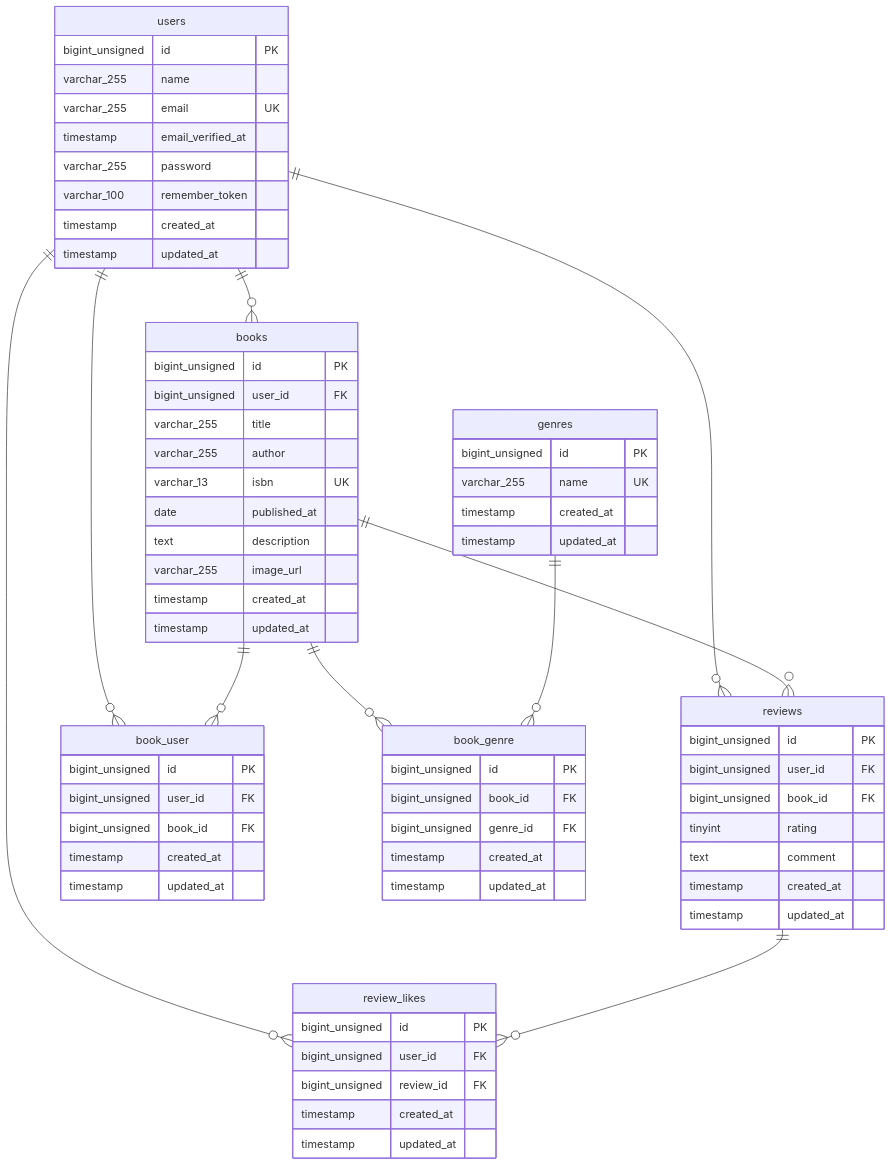
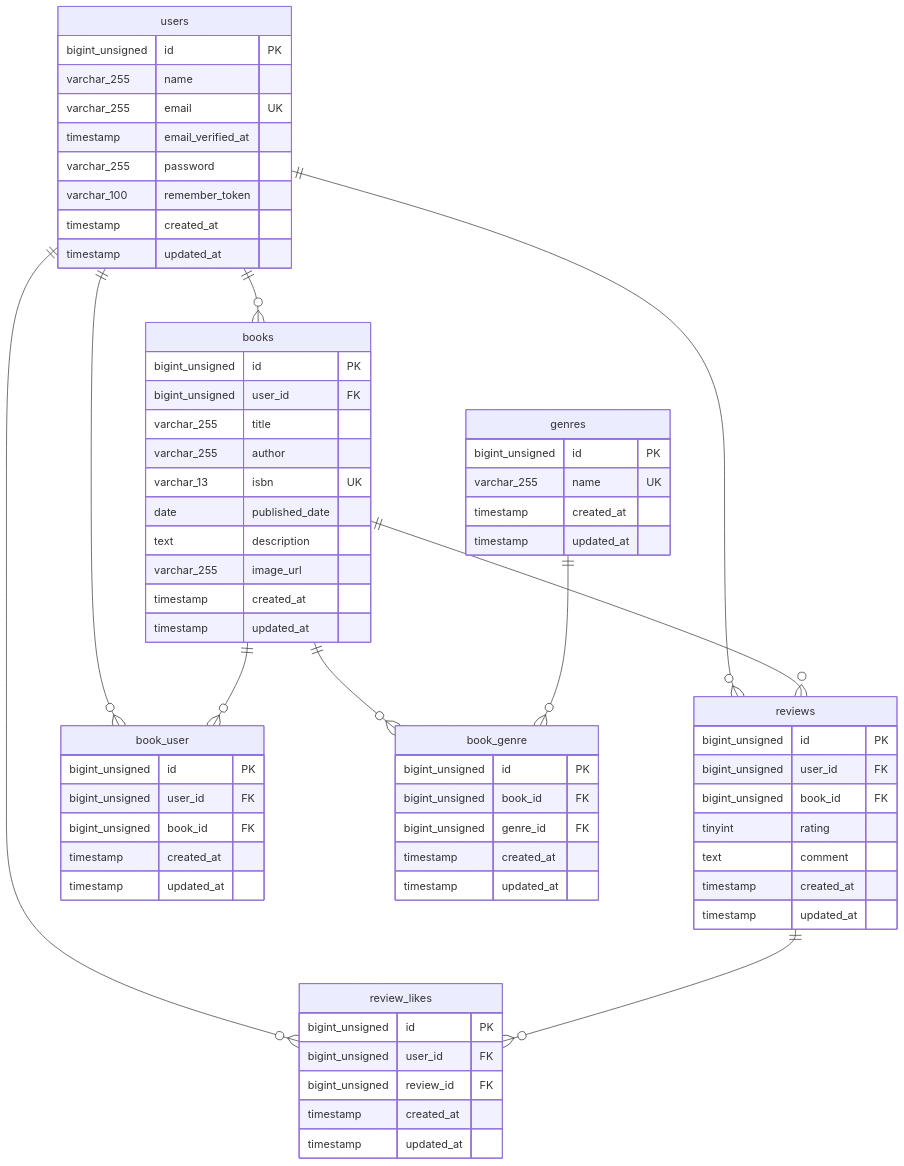
Before and after one commit to kino-mari/bookshelf-app: the diagram in README.md, drawn with Mermaid. The commit also changed 12 other files, not shown here.

````diff
--- a/README.md
+++ b/README.md
@@ -3,79 +3,79 @@
 ```mermaid
 erDiagram
     users ||--o{ books : ""
     users ||--o{ reviews : ""
     users ||--o{ book_user : ""
     users ||--o{ review_likes : ""
 
     books ||--o{ reviews : ""
     books ||--o{ book_genre : ""
     books ||--o{ book_user : ""
 
     genres ||--o{ book_genre : ""
     reviews ||--o{ review_likes : ""
 
     users {
         bigint_unsigned id PK
         varchar_255 name
         varchar_255 email UK
         timestamp email_verified_at
         varchar_255 password
         varchar_100 remember_token
         timestamp created_at
         timestamp updated_at
     }
 
     genres {
         bigint_unsigned id PK
         varchar_255 name UK
         timestamp created_at
         timestamp updated_at
     }
 
     books {
         bigint_unsigned id PK
         bigint_unsigned user_id FK
         varchar_255 title
         varchar_255 author
         varchar_13 isbn UK
-        date published_at
+        date published_date
         text description
         varchar_255 image_url
         timestamp created_at
         timestamp updated_at
     }
 
     reviews {
         bigint_unsigned id PK
         bigint_unsigned user_id FK
         bigint_unsigned book_id FK
         tinyint rating
         text comment
         timestamp created_at
         timestamp updated_at
     }
 
     book_genre {
         bigint_unsigned id PK
         bigint_unsigned book_id FK
         bigint_unsigned genre_id FK
         timestamp created_at
         timestamp updated_at
     }
 
     book_user {
         bigint_unsigned id PK
         bigint_unsigned user_id FK
         bigint_unsigned book_id FK
         timestamp created_at
         timestamp updated_at
     }
 
     review_likes {
         bigint_unsigned id PK
         bigint_unsigned user_id FK
         bigint_unsigned review_id FK
         timestamp created_at
         timestamp updated_at
     }
 ```
````
